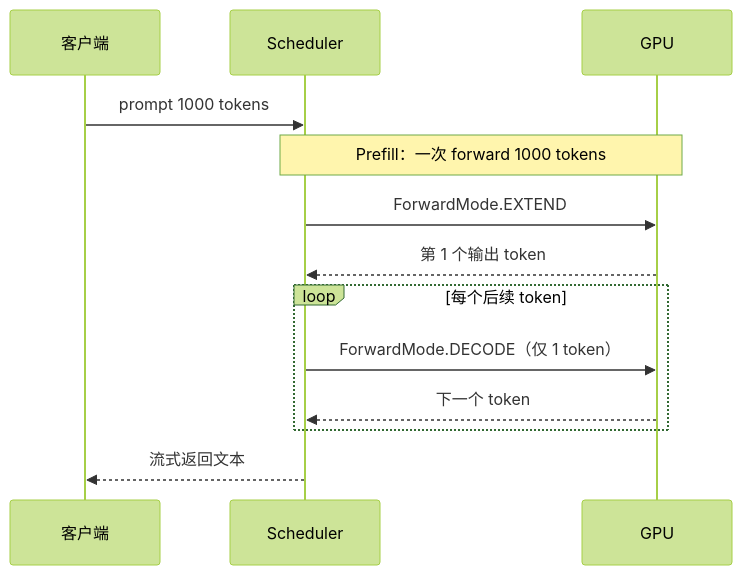
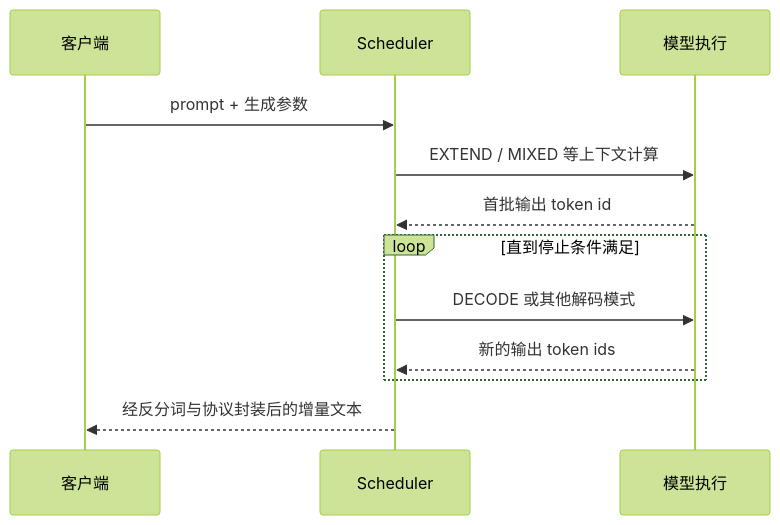
Before and after one commit to OnlyHero5/sglang-reading-vault: the second of 4 diagrams in sglang_reading/导读与总览/SGLang-零基础先修.md, drawn with Mermaid (forest theme). The commit also changed other lines of this file and 512 other files, not shown here.

````diff
--- a/sglang_reading/导读与总览/SGLang-零基础先修.md
+++ b/sglang_reading/导读与总览/SGLang-零基础先修.md
@@ -92,15 +123,14 @@
 ```mermaid
 sequenceDiagram
- participant C as 客户端
- participant S as Scheduler
- participant G as GPU
- C->>S: prompt 1000 tokens
- Note over S,G: Prefill：一次 forward 1000 tokens
- S->>G: ForwardMode.EXTEND
- G-->>S: 第 1 个输出 token
- loop 每个后续 token
- S->>G: ForwardMode.DECODE（仅 1 token）
- G-->>S: 下一个 token
- end
- S-->>C: 流式返回文本
+    participant C as 客户端
+    participant S as Scheduler
+    participant M as 模型执行
+    C->>S: prompt + 生成参数
+    S->>M: EXTEND / MIXED 等上下文计算
+    M-->>S: 首批输出 token id
+    loop 直到停止条件满足
+        S->>M: DECODE 或其他解码模式
+        M-->>S: 新的输出 token ids
+    end
+    S-->>C: 经反分词与协议封装后的增量文本
 ```
````
